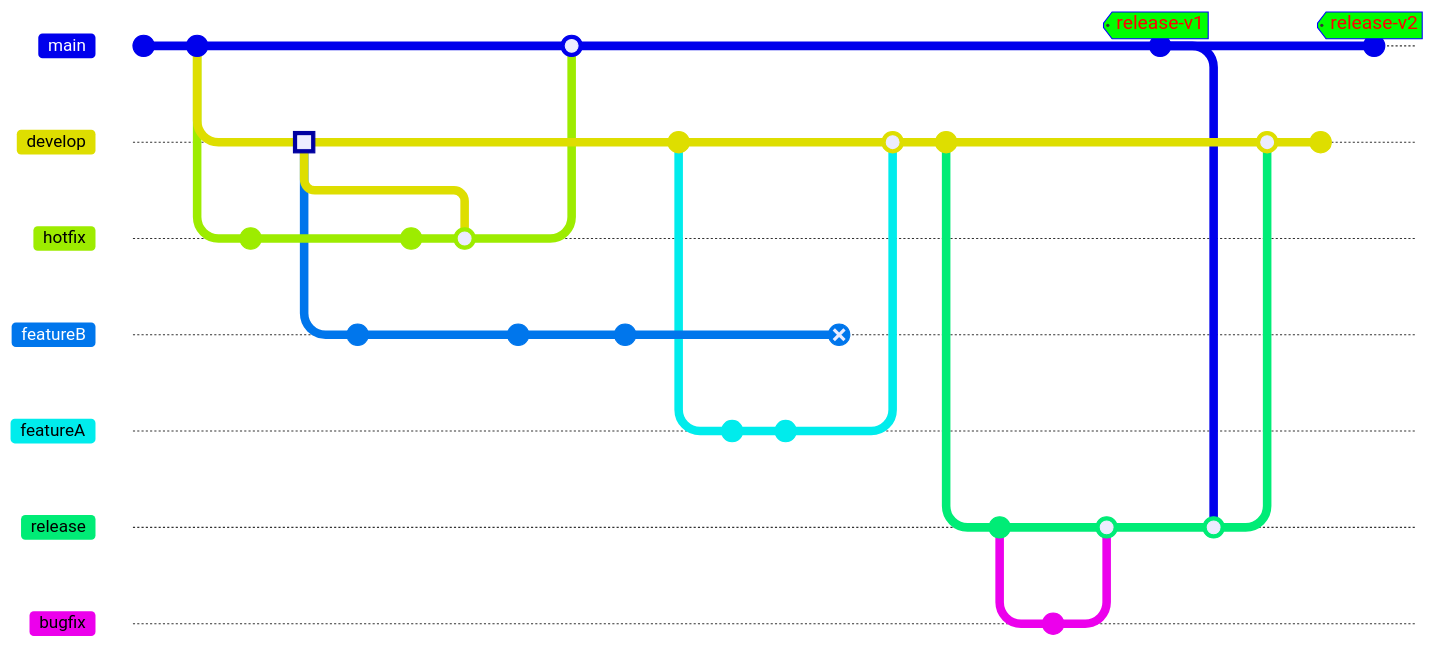
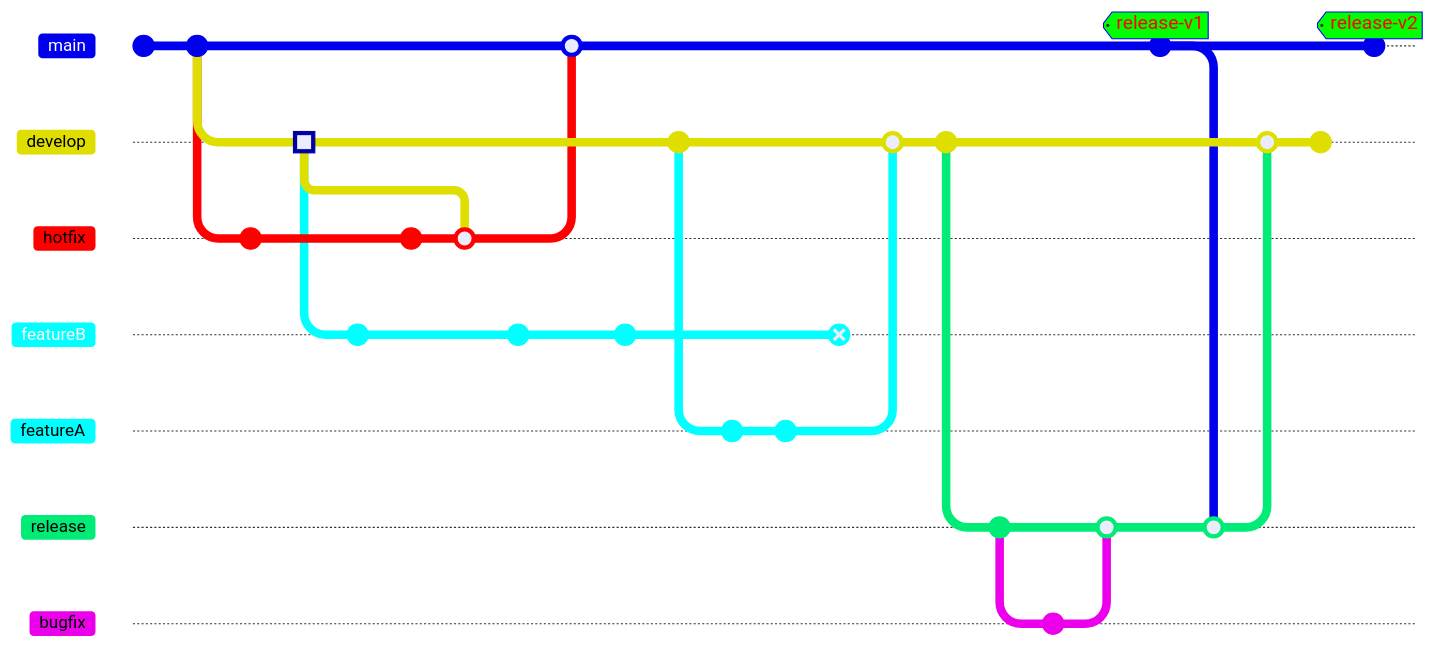
One commit to mevijays/training-k8s changed the diagram in branch.md. Above: the diagram before and after it, drawn with Mermaid. Commit ids are hidden.

````diff
--- a/branch.md
+++ b/branch.md
@@ -2,66 +2,67 @@
  ```mermaid
  %%{init: { 'logLevel': 'debug', 'theme': 'default' , 'themeVariables': {
               'tagLabelColor': '#ff0000',
               'tagLabelBackground': '#00ff00',
               'tagLabelBorder': '#0000ff',
-              'tagLabelFontSize': '18px'
-       } } }%%
- %%{init: { 'logLevel': 'debug', 'theme': 'default' , 'themeVariables': {
+              'tagLabelFontSize': '18px',
+              'git2': '#ff0000',
+              'git3': '#00FFFF',
+              'git4': '#00FFFF',
               'commitLabelColor': '#000000',
               'commitLabelBackground': '#00ff00',
               'commitLabelFontSize': '14px'
        } } }%%
        gitGraph
         commit id: "Start"
         commit id: "Branch from main"
         branch develop
         branch hotfix
         checkout hotfix
         commit id:"fix-A"
         checkout develop
         commit id:"merge to develop" type: HIGHLIGHT
         branch featureB
         checkout featureB
         commit id:"JIRA-A"
         checkout main
         checkout hotfix
         commit type:NORMAL id:"fix-B"
         checkout hotfix
         merge develop
         checkout develop
         checkout featureB
         commit id:"JIRA-B"
         checkout main
         merge hotfix
         checkout featureB
         commit id:"JIRA-C"
         checkout develop
         commit id:"feature checkout"
         branch featureA
         commit id:"JIRA-CRC"
         checkout featureA
         commit id:"JIRA-RCL"
         checkout featureB
         commit id:"JIRA-D" type: REVERSE
         checkout develop
         merge featureA
         checkout develop
         commit id:"create release"
         branch release
         checkout release
         commit id:"bugfix checkout"
         branch bugfix
         checkout bugfix
         commit id:"BUGFIX-A"
         checkout release
         merge bugfix
         checkout main
         commit id:"release-v1" tag:"release-v1"
         checkout release
         merge main
         checkout develop
         merge release
         commit
         checkout main
         commit id:"releasev2" tag:"release-v2"
  ```
````
